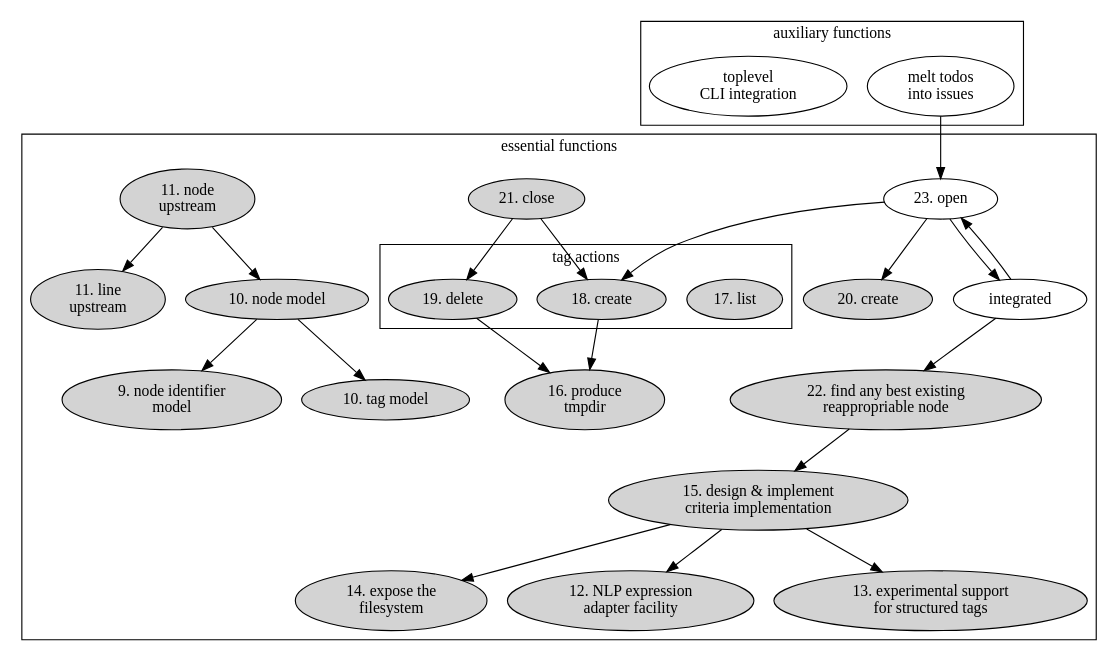
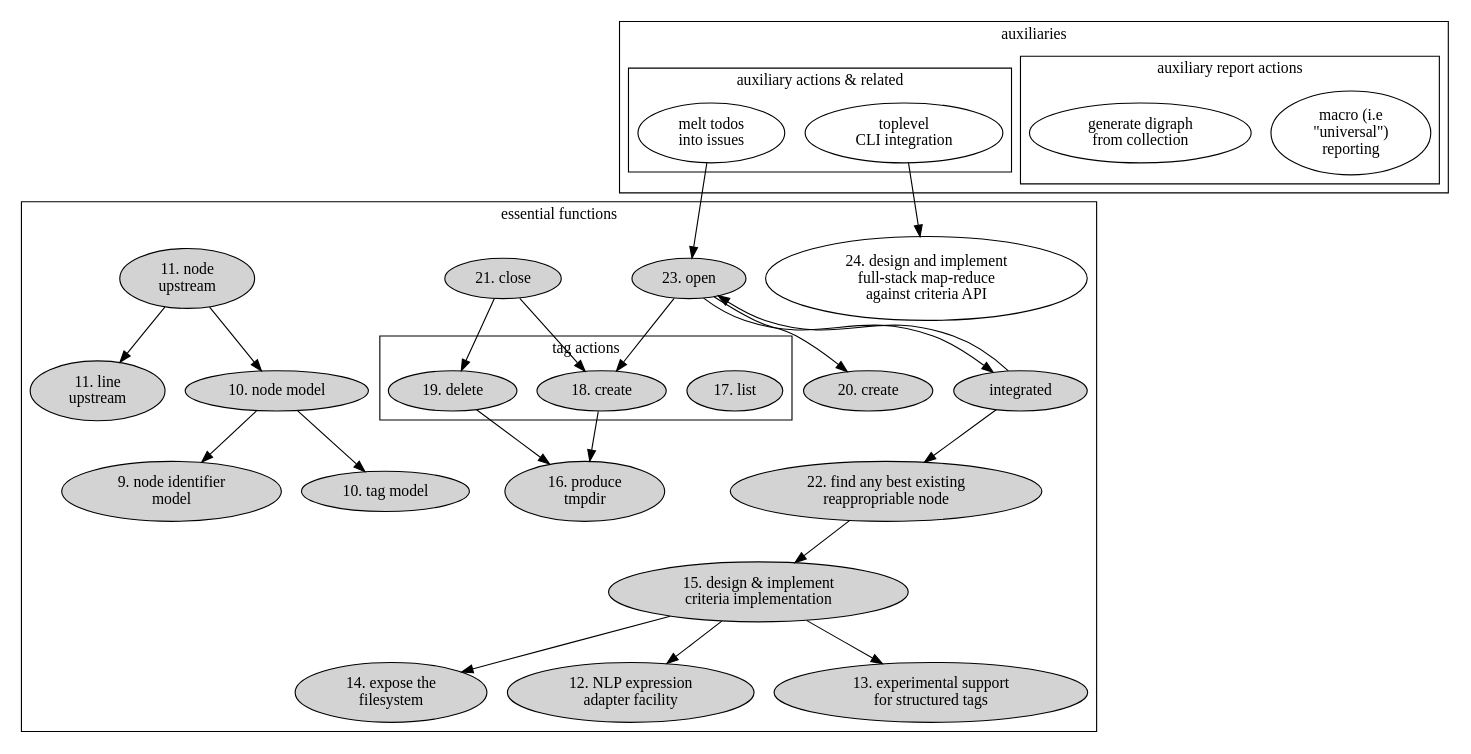
Before and after one commit to hipe/tmx: the diagram in lib/skylab/snag/doc/issues/038/component-digraph.dot, drawn with Graphviz. The commit also changed 30 other files, not shown here.

```diff
--- a/lib/skylab/snag/doc/issues/038/component-digraph.dot
+++ b/lib/skylab/snag/doc/issues/038/component-digraph.dot
@@ -1,65 +1,80 @@
 digraph {
 
 subgraph cluster_main {
 
   label="essential functions"
 
   subgraph cluster_tag_actions {
     label="tag actions"
     tl [label="17. list" style=filled]
     ta [label="18. create" style=filled]
     tr [label="19. delete" style=filled]
   }
 
-  aa [label="23. open" ]
+  mr [label="24. design and implement\nfull-stack map-reduce\nagainst criteria API"]
+
+  aa [label="23. open" style=filled]
   ca [label="21. close" style=filled]
   de [label="15. design & implement\ncriteria implementation" style=filled]
   FS [label="14. expose the\nfilesystem" style=filled]
   line_upstream [label="11. line\nupstream" style=filled]
   NLP_experiment [label="12. NLP expression\nadapter facility" style=filled]
   node_identifier_model [label="9. node identifier\nmodel" style=filled]
   node_model [label="10. node model" style=filled]
   node_upstream [label="11. node\nupstream" style=filled]
   oaa [label="20. create" style=filled]
-  rea [label="integrated" ]
+  rea [label="integrated" style=filled]
   rea_actor [label="22. find any best existing\nreappropriable node", style=filled]
   stru [label="13. experimental support\nfor structured tags" style=filled]
   tag_model [label="10. tag model" style=filled]
   tmpdir [label="16. produce\ntmpdir" style=filled]
 
   aa->rea
   aa->ta
 
   ca->tr
   ca->ta
 
   rea->aa
   aa->oaa
   rea->rea_actor
 
   rea_actor->de
   de->NLP_experiment
   de->FS
   de->stru
 
   node_upstream -> line_upstream
   node_upstream -> node_model
 
   node_model -> node_identifier_model
   node_model -> tag_model
 
   tr->tmpdir
   ta->tmpdir
 
 }
-
-
 subgraph cluster_after {
 
-  label="auxiliary functions"
-  melt [label="melt todos\ninto issues"]
-  top_cli [label="toplevel\nCLI integration"]
+  label="auxiliaries"
+
+  subgraph cluster_reports {
+
+    label="auxiliary report actions"
+    macro_rep [label="macro (i.e\n\"universal\")\nreporting"]
+    digrah_ [label="generate digraph\nfrom collection"]
+
+  }
+
+  subgraph cluster_functions {
+
+    label="auxiliary actions & related"
+    melt [label="melt todos\ninto issues"]
+    top_cli [label="toplevel\nCLI integration"]
+    top_cli->mr
+
+  }
 }
 
 melt->aa
 }
```
